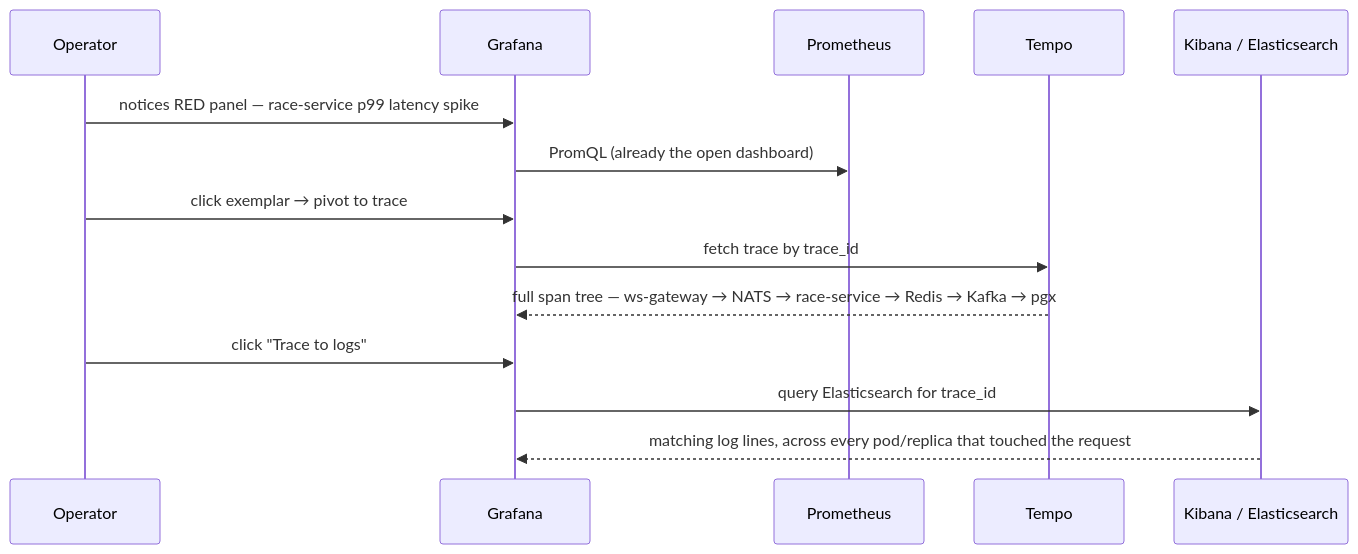
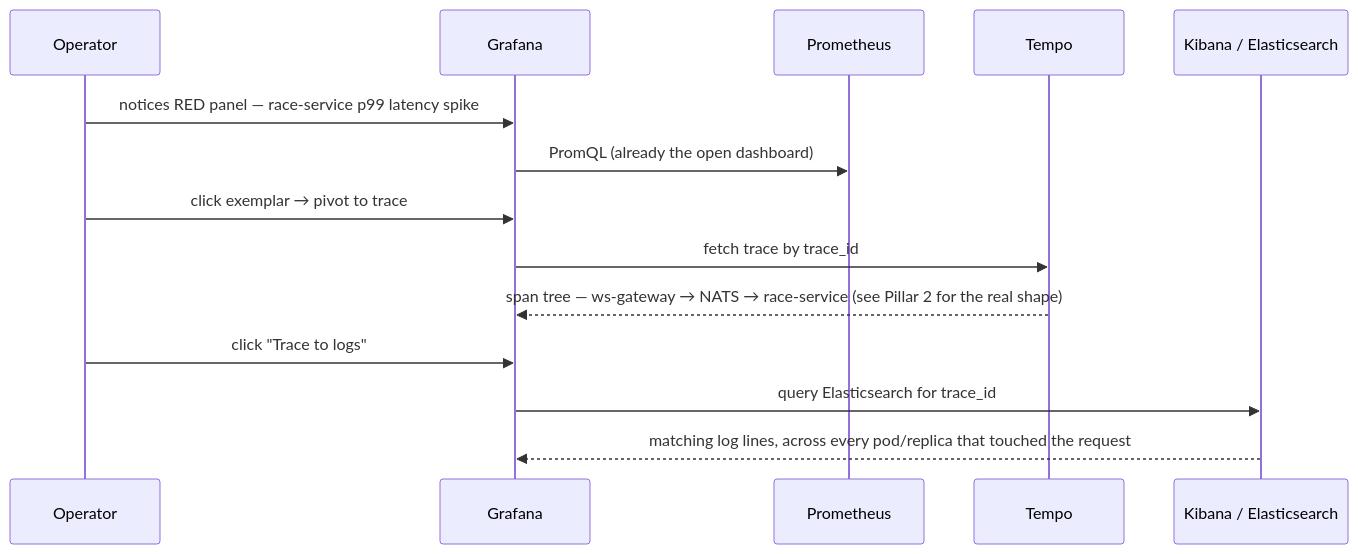
Before and after one commit to akkien/aviron: the ninth of 9 diagrams in docs/observation-architeture.md, drawn with Mermaid. The commit also changed other lines of this file and 4 other files, not shown here.

````diff
--- a/docs/observation-architeture.md
+++ b/docs/observation-architeture.md
@@ -293,17 +371,17 @@
 ```mermaid
 sequenceDiagram
     participant Op as Operator
     participant Graf as Grafana
     participant Prom as Prometheus
     participant Tempo
     participant Kib as Kibana / Elasticsearch
 
     Op->>Graf: notices RED panel — race-service p99 latency spike
     Graf->>Prom: PromQL (already the open dashboard)
     Op->>Graf: click exemplar → pivot to trace
     Graf->>Tempo: fetch trace by trace_id
-    Tempo-->>Graf: full span tree — ws-gateway → NATS → race-service → Redis → Kafka → pgx
+    Tempo-->>Graf: span tree — ws-gateway → NATS → race-service (see Pillar 2 for the real shape)
     Op->>Graf: click "Trace to logs"
     Graf->>Kib: query Elasticsearch for trace_id
     Kib-->>Graf: matching log lines, across every pod/replica that touched the request
 ```
````
